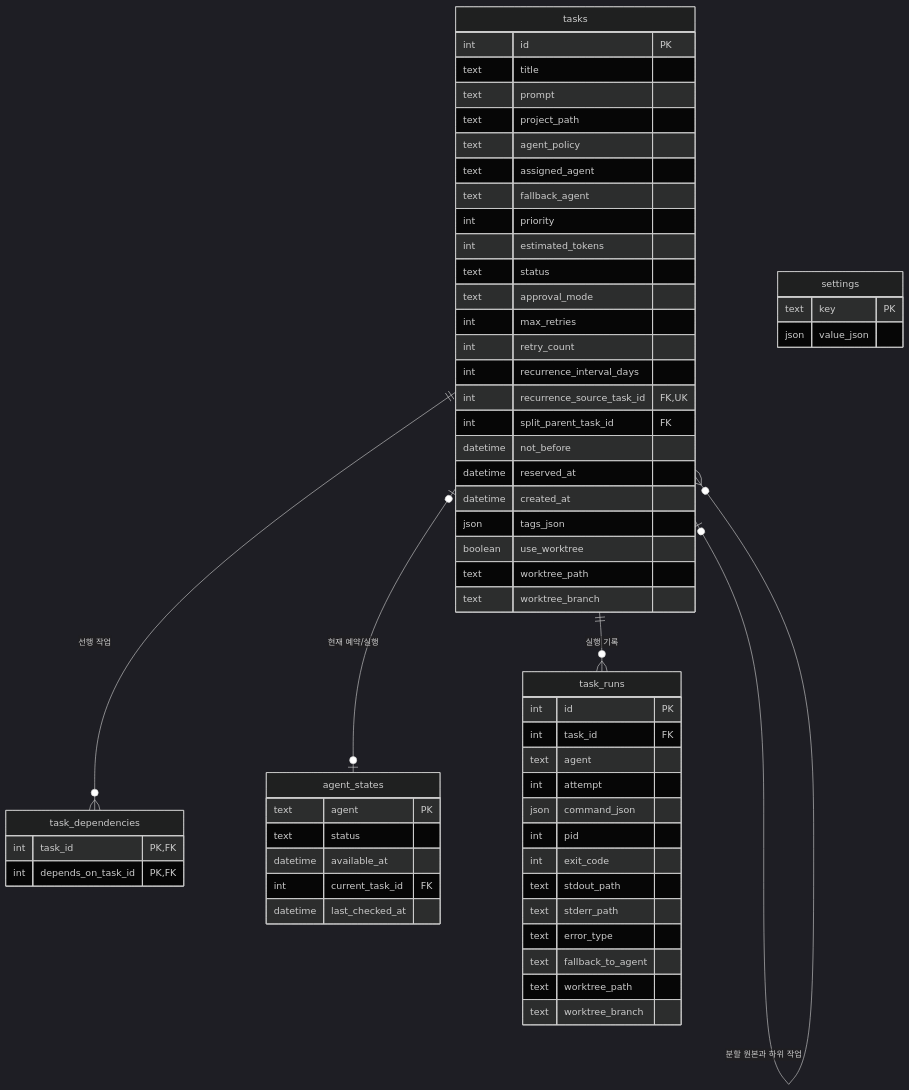
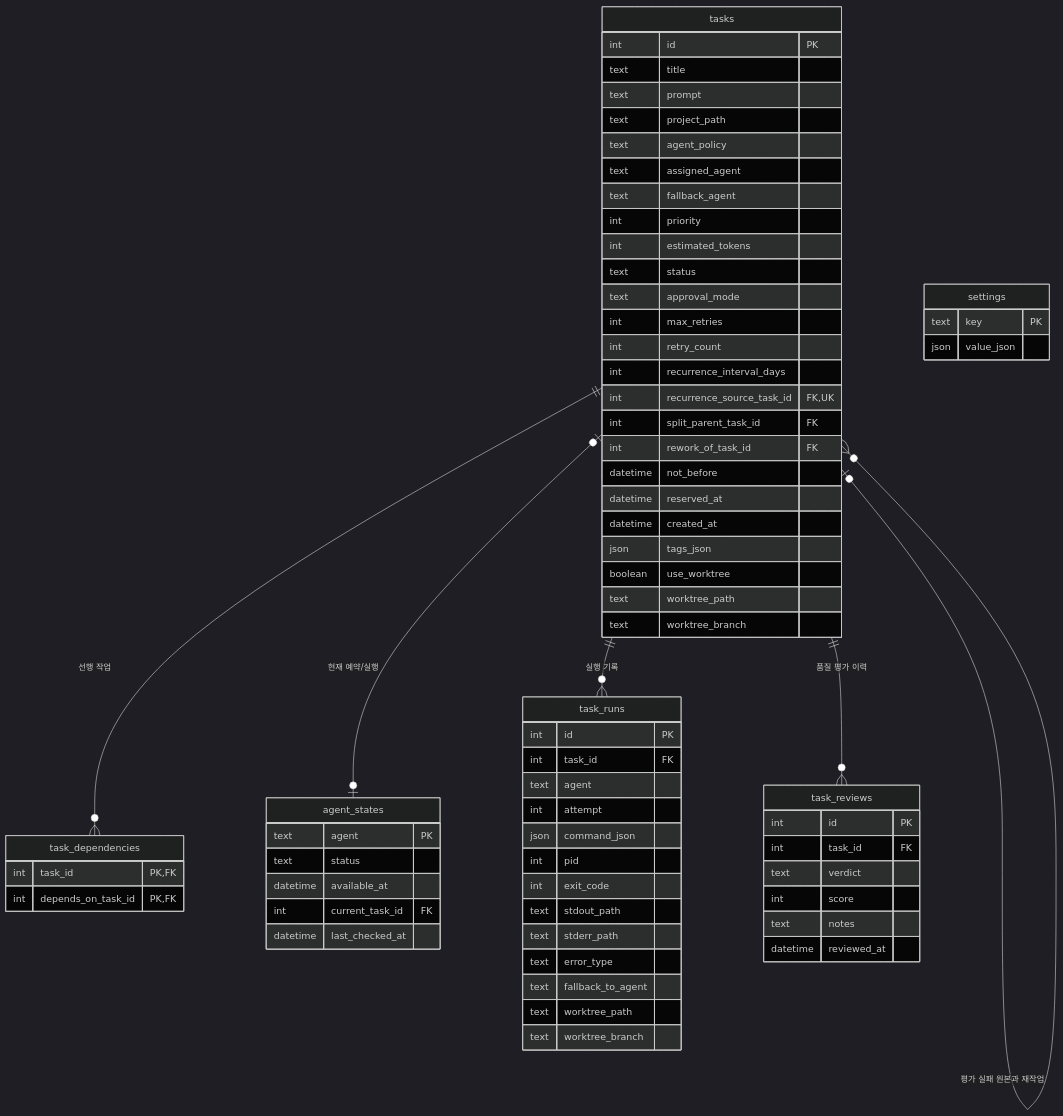
Before and after one commit to jasonwpgml/AQR: the second of 4 diagrams in ai-queue-runner/docs/ARCHITECTURE.md, drawn with Mermaid (dark theme). The commit also changed other lines of this file and 18 other files, not shown here.

````diff
--- a/ai-queue-runner/docs/ARCHITECTURE.md
+++ b/ai-queue-runner/docs/ARCHITECTURE.md
@@ -71,64 +71,75 @@
 ```mermaid
 erDiagram
     tasks {
         int id PK
         text title
         text prompt
         text project_path
         text agent_policy
         text assigned_agent
         text fallback_agent
         int priority
         int estimated_tokens
         text status
         text approval_mode
         int max_retries
         int retry_count
         int recurrence_interval_days
         int recurrence_source_task_id FK,UK
         int split_parent_task_id FK
+        int rework_of_task_id FK
         datetime not_before
         datetime reserved_at
         datetime created_at
         json tags_json
         boolean use_worktree
         text worktree_path
         text worktree_branch
     }
     task_dependencies {
         int task_id PK,FK
         int depends_on_task_id PK,FK
     }
     agent_states {
         text agent PK
         text status
         datetime available_at
         int current_task_id FK
         datetime last_checked_at
     }
     task_runs {
         int id PK
         int task_id FK
         text agent
         int attempt
         json command_json
         int pid
         int exit_code
         text stdout_path
         text stderr_path
         text error_type
         text fallback_to_agent
         text worktree_path
         text worktree_branch
     }
+    task_reviews {
+        int id PK
+        int task_id FK
+        text verdict
+        int score
+        text notes
+        datetime reviewed_at
+    }
     settings {
         text key PK
         json value_json
     }
 
     tasks ||--o{ task_dependencies : "선행 작업"
     tasks ||--o{ task_runs : "실행 기록"
+    tasks ||--o{ task_reviews : "품질 평가 이력"
     tasks o|--o| tasks : "다음 반복 회차"
     tasks o|--o{ tasks : "분할 원본과 하위 작업"
+    tasks o|--o{ tasks : "평가 실패 원본과 재작업"
     tasks |o--o| agent_states : "현재 예약/실행"
 ```
````
